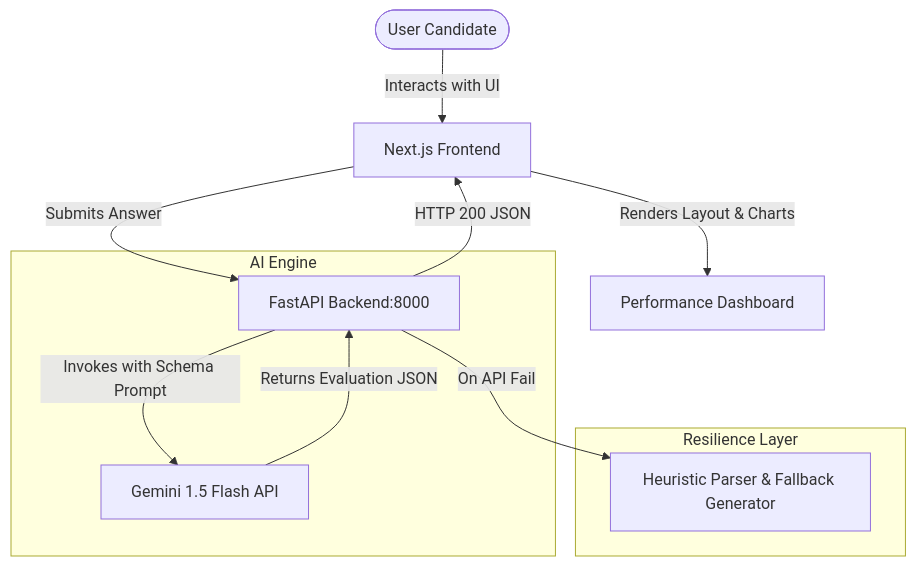
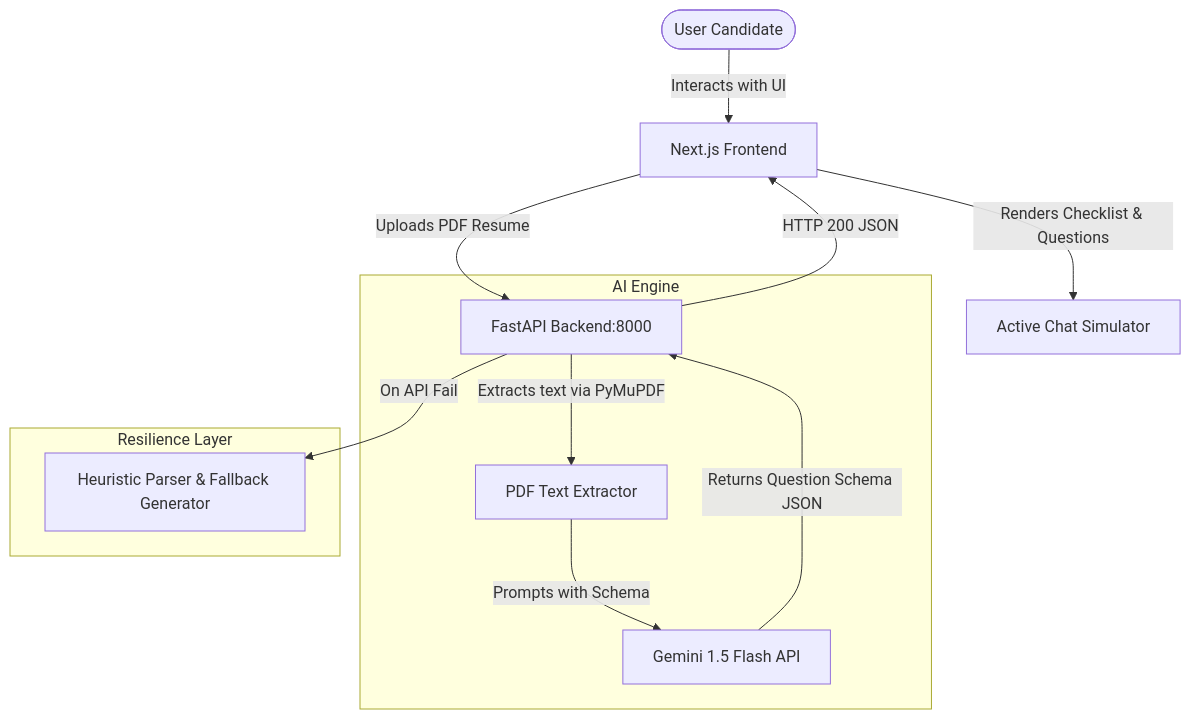
One commit to Vasanth-44/MockMate changed the diagram in README.md. Above: the diagram before and after it, drawn with Mermaid. The commit also changed other lines of this file and 10 other files, not shown here.

Commit message:
feat: Add resume upload and personalized AI interview question generation

````diff
--- a/README.md
+++ b/README.md
@@ -27,17 +47,18 @@
 ```mermaid
 graph TD
     User([User Candidate]) -->|Interacts with UI| FE[Next.js Frontend]
-    FE -->|Renders Layout & Charts| Dashboard[Performance Dashboard]
-    FE -->|Submits Answer| BE[FastAPI Backend:8000]
+    FE -->|Uploads PDF Resume| BE[FastAPI Backend:8000]
     
     subgraph AI Engine
-        BE -->|Invokes with Schema Prompt| Gemini[Gemini 1.5 Flash API]
-        Gemini -->|Returns Evaluation JSON| BE
+        BE -->|Extracts text via PyMuPDF| Extraction[PDF Text Extractor]
+        Extraction -->|Prompts with Schema| Gemini[Gemini 1.5 Flash API]
+        Gemini -->|Returns Question Schema JSON| BE
     end
 
     subgraph Resilience Layer
         BE -->|On API Fail| Fallback[Heuristic Parser & Fallback Generator]
     end
 
     BE -->|HTTP 200 JSON| FE
+    FE -->|Renders Checklist & Questions| Chat[Active Chat Simulator]
 ```
````
